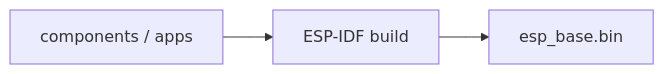
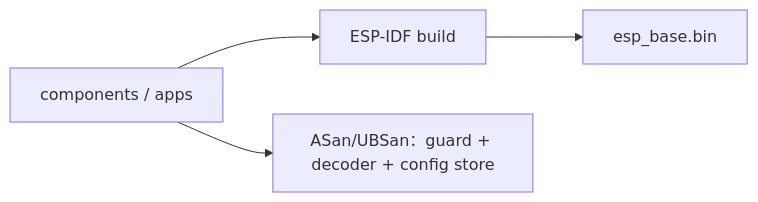
The diagram in firmware/tests/README.md (darren-you/esp-base), drawn with Mermaid before and after one commit. The commit also changed other lines of this file and 64 other files, not shown here.

````diff
--- a/firmware/tests/README.md
+++ b/firmware/tests/README.md
@@ -7,5 +7,6 @@
 ```mermaid
 flowchart LR
     sources["components / apps"] --> idf["ESP-IDF build"]
+    sources --> host["ASan/UBSan：guard + decoder + config store"]
     idf --> image["esp_base.bin"]
 ```
````
